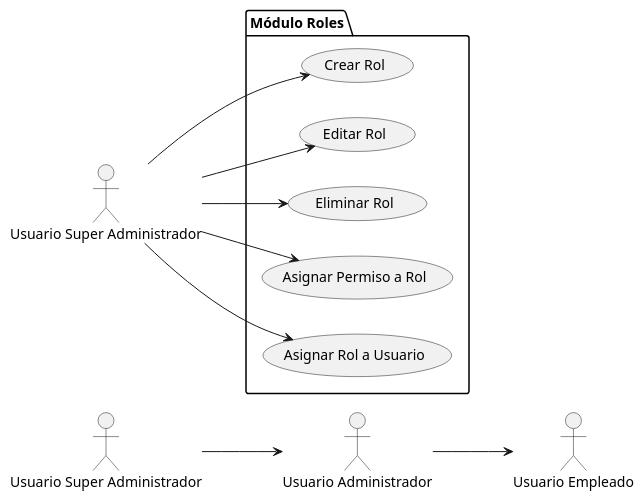
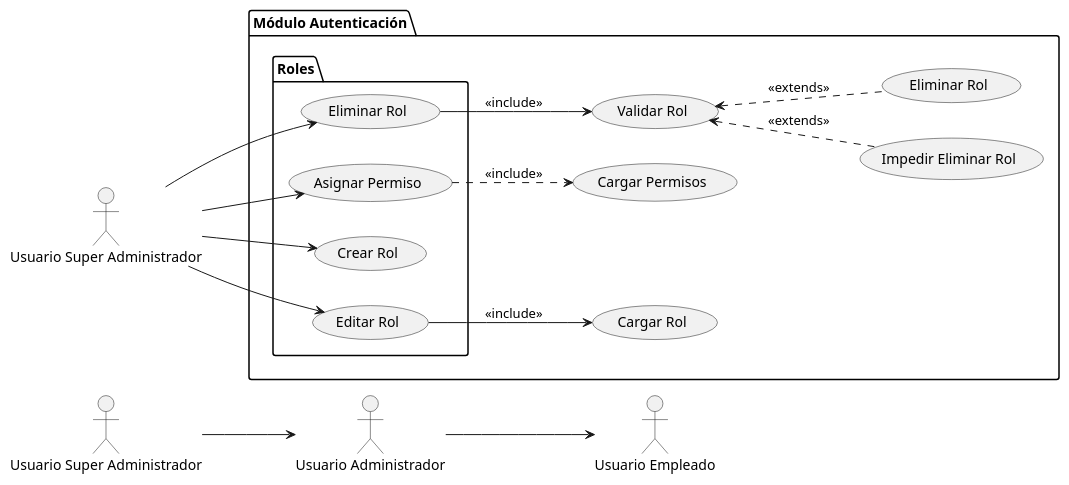
One commit to JuanVicGT/Responsabilidades changed the diagram in docs/Use Cases/CU - 2 - Gestión de Roles - Super Administrador.plantuml. Above: the diagram before and after it, drawn with PlantUML. The commit also changed 46 other files, not shown here.

Commit message:
[📝update] Se agregan diagramas de casos de uso y uno de secuencia

```diff
--- a/docs/Use Cases/CU - 2 - Gestión de Roles - Super Administrador.plantuml
+++ b/docs/Use Cases/CU - 2 - Gestión de Roles - Super Administrador.plantuml
@@ -1,31 +1,43 @@
 @startuml "CU - 2 - Gestión de Roles - Super Administrador"
 
 left to right direction
 
 /' === Sección de jerarquias === '/
 actor "Usuario Super Administrador" as sadmin1
 actor "Usuario Administrador" as admin1
 actor "Usuario Empleado" as user1
 sadmin1 --> admin1
 admin1 --> user1
 
 /' === Sección de actores === '/
 actor "Usuario Super Administrador" as sadmin
 
 /' === Sección de elementos === '/
-package "Módulo Roles" {
-    usecase "Crear Rol" as auth_role_create
-    usecase "Editar Rol" as auth_role_edit
-    usecase "Eliminar Rol" as auth_role_delete
-    usecase "Asignar Permiso a Rol" as auth_permission_to_role
-    usecase "Asignar Rol a Usuario" as auth_role_to_user
+package "Módulo Autenticación" {
+    package "Roles" {
+        usecase "Asignar Permiso" as auth_permission_to_role
+        usecase "Crear Rol" as auth_role_create
+        usecase "Editar Rol" as auth_role_edit
+        usecase "Eliminar Rol" as auth_role_delete
+    }
+
+    (Cargar Permisos) as load_permissions
+    (Cargar Rol) as load_role
+    (Validar Rol) as validate_role
+    (Impedir Eliminar Rol) as denegate_delete_role
+    (Eliminar Rol) as delete_role
 }
 
 /' === Sección de Relaciones === '/
+sadmin --> auth_permission_to_role
 sadmin --> auth_role_create
 sadmin --> auth_role_edit
 sadmin --> auth_role_delete
-sadmin --> auth_permission_to_role
-sadmin --> auth_role_to_user
+
+auth_permission_to_role ..> load_permissions : <<include>>
+auth_role_edit --> load_role : <<include>>
+auth_role_delete --> validate_role : <<include>>
+validate_role <.. denegate_delete_role : <<extends>>
+validate_role <.. delete_role : <<extends>>
 
 @enduml
```
